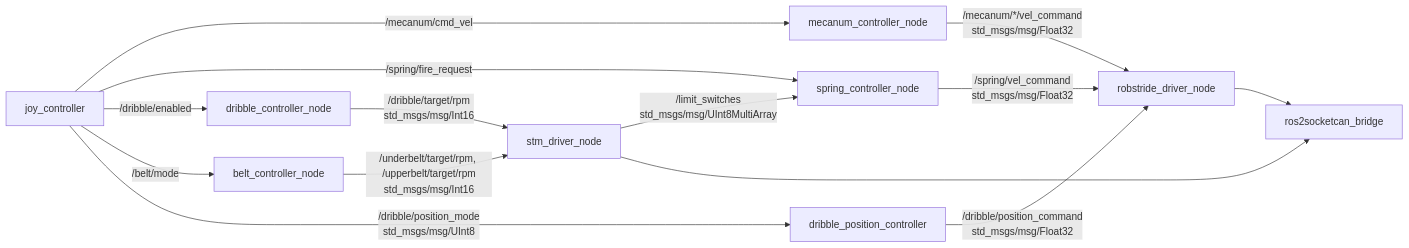
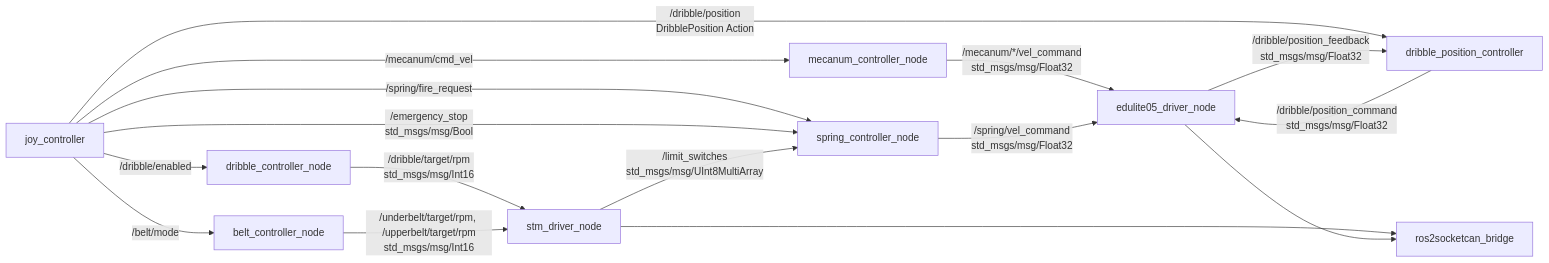
The diagram in ros2_ws/src/robot_controller/README.md (rodep-soft/rox2026), drawn with Mermaid before and after one commit. The commit also changed other lines of this file and 8 other files, not shown here.

````diff
--- a/ros2_ws/src/robot_controller/README.md
+++ b/ros2_ws/src/robot_controller/README.md
@@ -7,28 +7,30 @@
 ```mermaid
 flowchart LR
   joy[joy_controller]
   mecanum[mecanum_controller_node]
   spring[spring_controller_node]
   dribble[dribble_controller_node]
   position[dribble_position_controller]
   belt[belt_controller_node]
   stm_driver[stm_driver_node]
-  robstride_driver[robstride_driver_node]
+  edulite_driver[edulite05_driver_node]
   bridge[ros2socketcan_bridge]
 
   joy -->|/mecanum/cmd_vel| mecanum
   joy -->|/spring/fire_request| spring
   joy -->|/dribble/enabled| dribble
   joy -->|/belt/mode| belt
-  joy -->|/dribble/position_mode\nstd_msgs/msg/UInt8| position
+  joy -->|/dribble/position\nDribblePosition Action| position
+  joy -->|/emergency_stop\nstd_msgs/msg/Bool| spring
 
-  mecanum -->|/mecanum/*/vel_command\nstd_msgs/msg/Float32| robstride_driver
-  spring -->|/spring/vel_command\nstd_msgs/msg/Float32| robstride_driver
+  mecanum -->|/mecanum/*/vel_command\nstd_msgs/msg/Float32| edulite_driver
+  spring -->|/spring/vel_command\nstd_msgs/msg/Float32| edulite_driver
   dribble -->|/dribble/target/rpm\nstd_msgs/msg/Int16| stm_driver
   belt -->|/underbelt/target/rpm, /upperbelt/target/rpm\nstd_msgs/msg/Int16| stm_driver
-  position -->|/dribble/position_command\nstd_msgs/msg/Float32| robstride_driver
+  position -->|/dribble/position_command\nstd_msgs/msg/Float32| edulite_driver
+  edulite_driver -->|/dribble/position_feedback\nstd_msgs/msg/Float32| position
   stm_driver -->|/limit_switches\nstd_msgs/msg/UInt8MultiArray| spring
 
   stm_driver --> bridge
-  robstride_driver --> bridge
+  edulite_driver --> bridge
 ```
````
